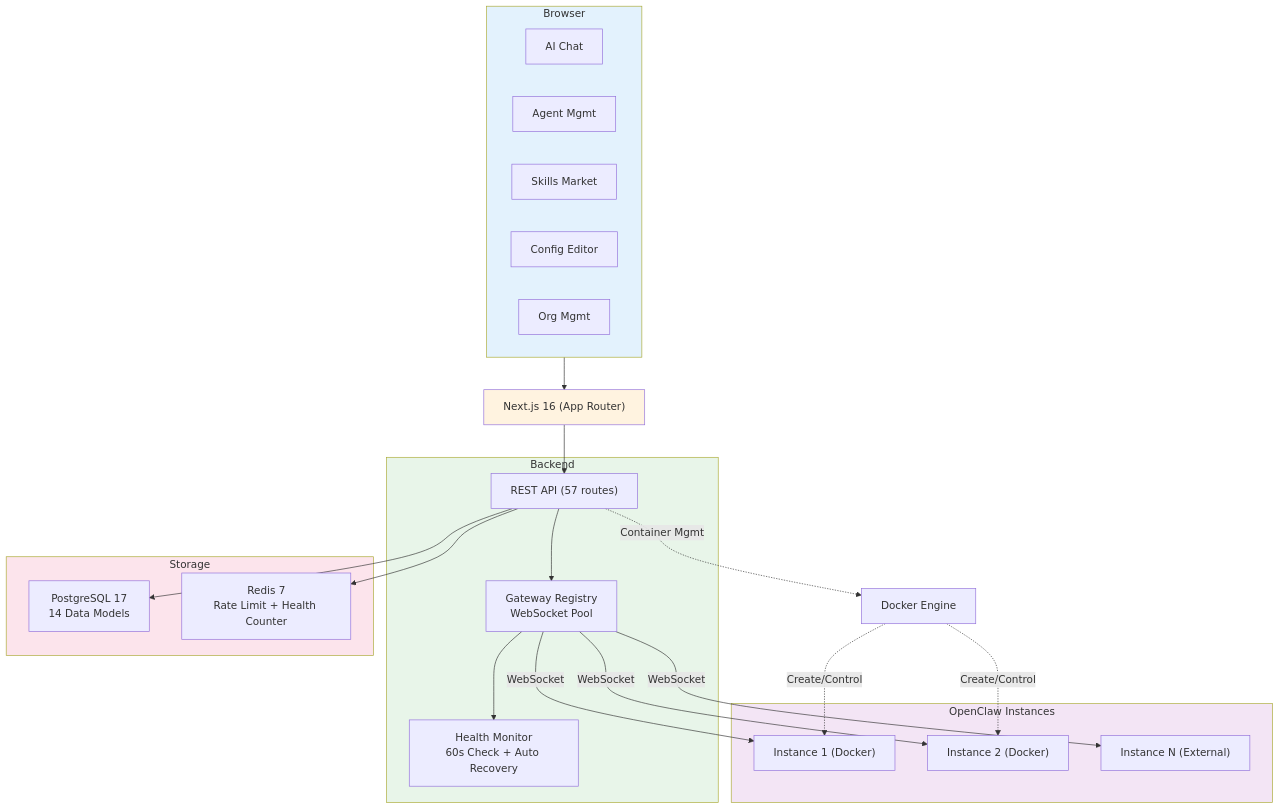
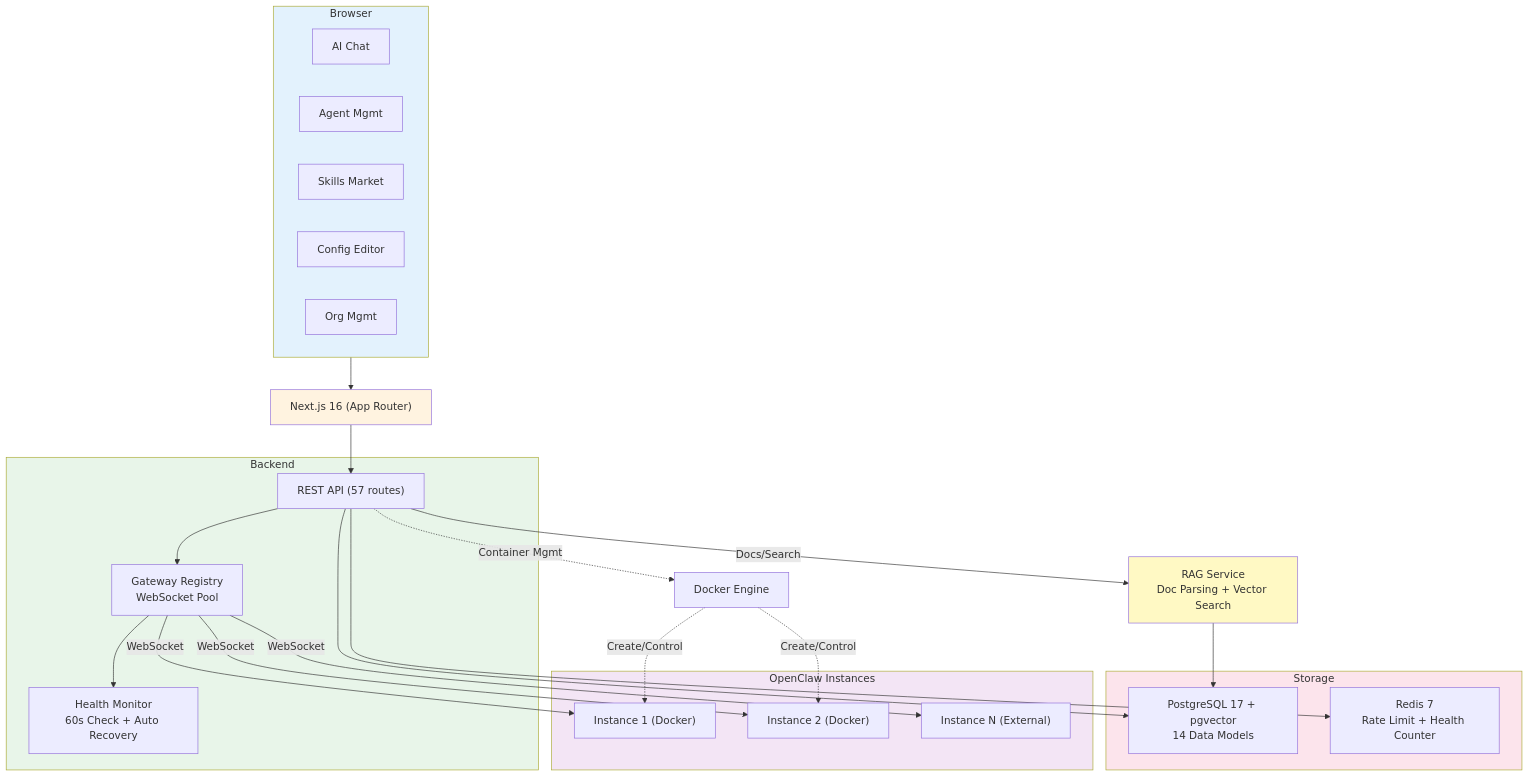
The second of 2 diagrams in README.md (szsip239/teamclaw), drawn with Mermaid before and after one commit. The commit also changed other lines of this file, not shown here.

First line of the commit message:
docs: add Knowledge Base (RAG) feature to README

````diff
--- a/README.md
+++ b/README.md
@@ -395,50 +414,55 @@
 ```mermaid
 graph TB
     subgraph Client["Browser"]
         Chat["AI Chat"]
         AgentUI["Agent Mgmt"]
         SkillUI["Skills Market"]
         ConfigUI["Config Editor"]
         OrgUI["Org Mgmt"]
     end
 
     NextJS["Next.js 16 (App Router)"]
 
     subgraph Backend["Backend"]
         API["REST API (57 routes)"]
         GW["Gateway Registry<br/>WebSocket Pool"]
         Health["Health Monitor<br/>60s Check + Auto Recovery"]
     end
 
     subgraph Storage["Storage"]
-        PG["PostgreSQL 17<br/>14 Data Models"]
+        PG["PostgreSQL 17 + pgvector<br/>14 Data Models"]
         RD["Redis 7<br/>Rate Limit + Health Counter"]
     end
+
+    RAG["RAG Service<br/>Doc Parsing + Vector Search"]
 
     subgraph Instances["OpenClaw Instances"]
         OC1["Instance 1 (Docker)"]
         OC2["Instance 2 (Docker)"]
         OCN["Instance N (External)"]
     end
 
     DK["Docker Engine"]
 
     Client --> NextJS
     NextJS --> API
     API --> GW
     API --> PG
     API --> RD
+    API -- "Docs/Search" --> RAG
+    RAG --> PG
     GW --> Health
     GW -- "WebSocket" --> OC1
     GW -- "WebSocket" --> OC2
     GW -- "WebSocket" --> OCN
     API -. "Container Mgmt" .-> DK
     DK -. "Create/Control" .-> OC1
     DK -. "Create/Control" .-> OC2
 
     style Client fill:#e3f2fd
     style NextJS fill:#fff3e0
     style Backend fill:#e8f5e9
     style Storage fill:#fce4ec
+    style RAG fill:#fff9c4
     style Instances fill:#f3e5f5
 ```
````
